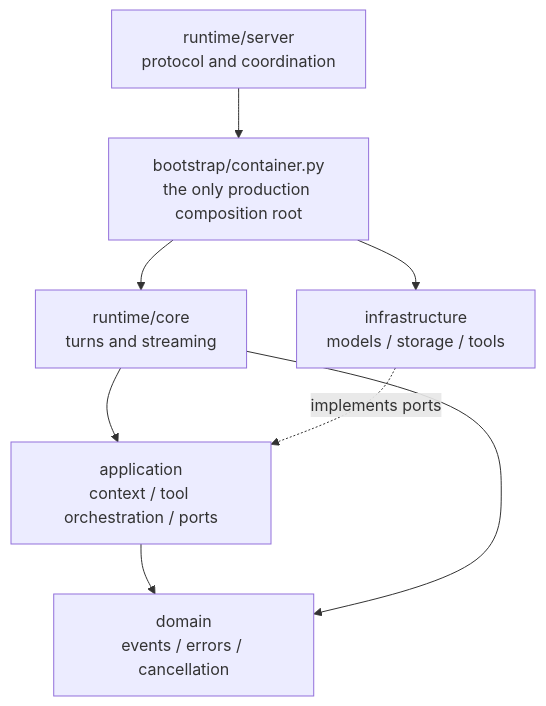
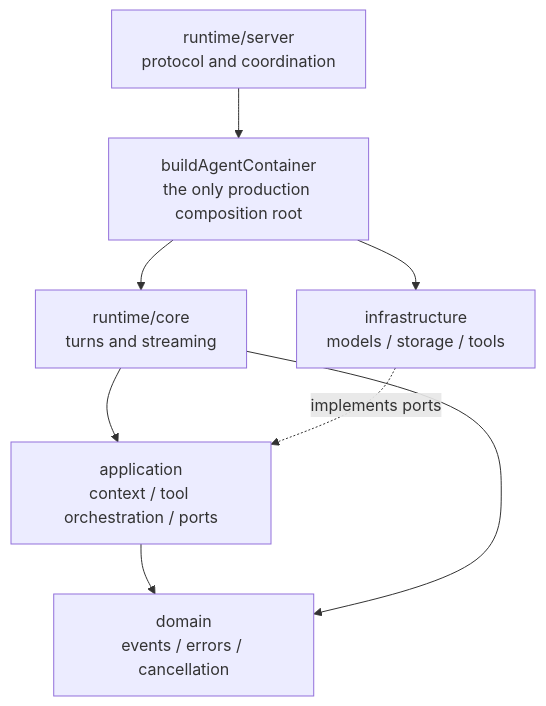
Before and after one commit to Azzurroooo/rind: the diagram in docs/internals/00-architecture/layers-and-composition.md, drawn with Mermaid. The commit also changed other lines of this file and 169 other files, not shown here.

```diff
--- a/docs/internals/00-architecture/layers-and-composition.md
+++ b/docs/internals/00-architecture/layers-and-composition.md
@@ -7,10 +7,10 @@
 ~~~mermaid
 flowchart TB
-    S["runtime/server<br/>protocol and coordination"] --> B["bootstrap/container.py<br/>the only production composition root"]
+    S["runtime/server<br/>protocol and coordination"] --> B["buildAgentContainer<br/>the only production composition root"]
     B --> C["runtime/core<br/>turns and streaming"]
     B --> I["infrastructure<br/>models / storage / tools"]
     C --> A["application<br/>context / tool orchestration / ports"]
     A --> D["domain<br/>events / errors / cancellation"]
     C --> D
     I -. "implements ports" .-> A
 ~~~
```
